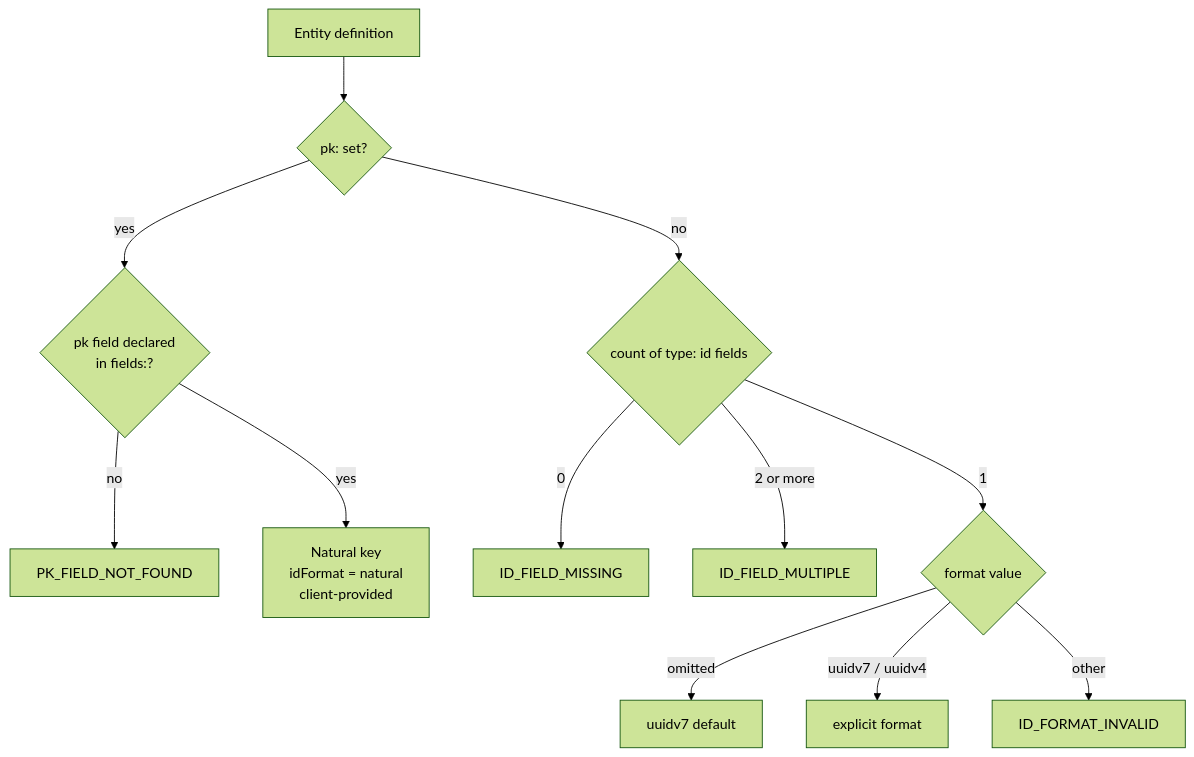
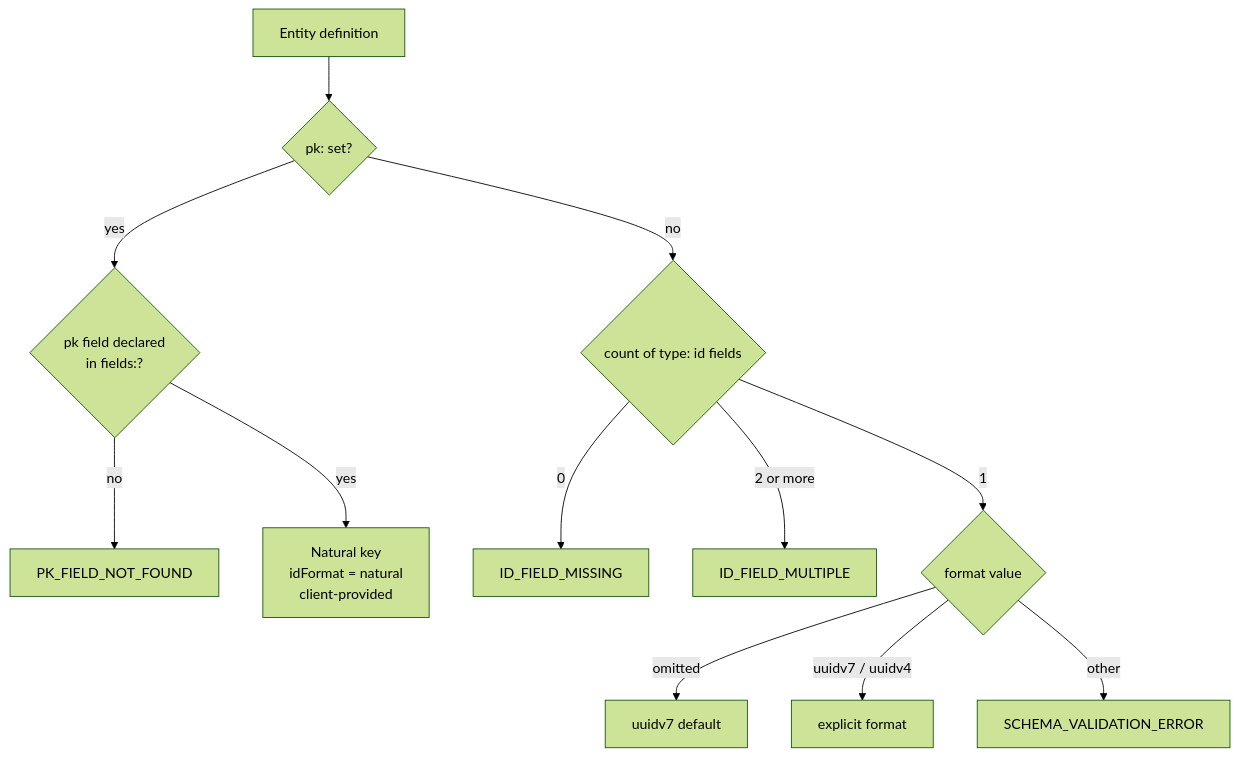
One commit to sebastiaoteixeira/stackform changed the diagram in docs/v0.2/Reference/entities/primary-keys.md. Above: the diagram before and after it, drawn with Mermaid (forest theme). The commit also changed other lines of this file and 62 other files, not shown here.

````diff
--- a/docs/v0.2/Reference/entities/primary-keys.md
+++ b/docs/v0.2/Reference/entities/primary-keys.md
@@ -45,14 +45,14 @@
 ```mermaid
 flowchart TD
     A[Entity definition] --> B{pk: set?}
     B -- yes --> C{pk field declared\nin fields:?}
     C -- no --> D[PK_FIELD_NOT_FOUND]
     C -- yes --> E[Natural key\nidFormat = natural\nclient-provided]
     B -- no --> F{count of type: id fields}
     F -- 0 --> G[ID_FIELD_MISSING]
     F -- "2 or more" --> H[ID_FIELD_MULTIPLE]
     F -- 1 --> I{format value}
     I -- omitted --> J[uuidv7 default]
     I -- uuidv7 / uuidv4 --> K[explicit format]
-    I -- other --> L[ID_FORMAT_INVALID]
+    I -- other --> L[SCHEMA_VALIDATION_ERROR]
 ```
````
